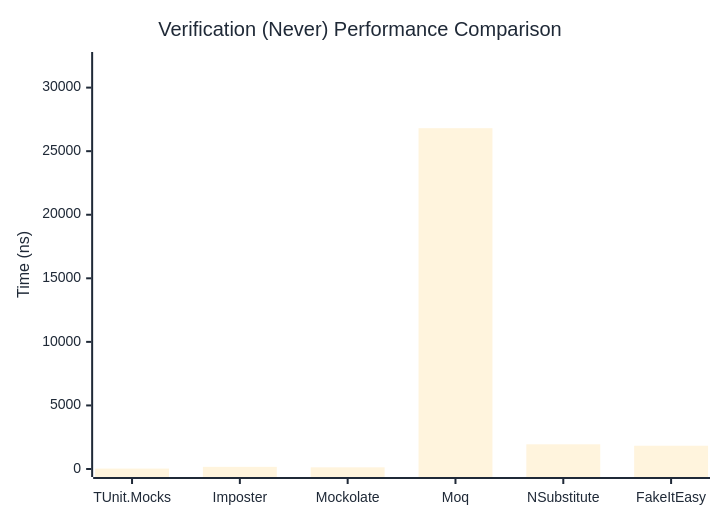
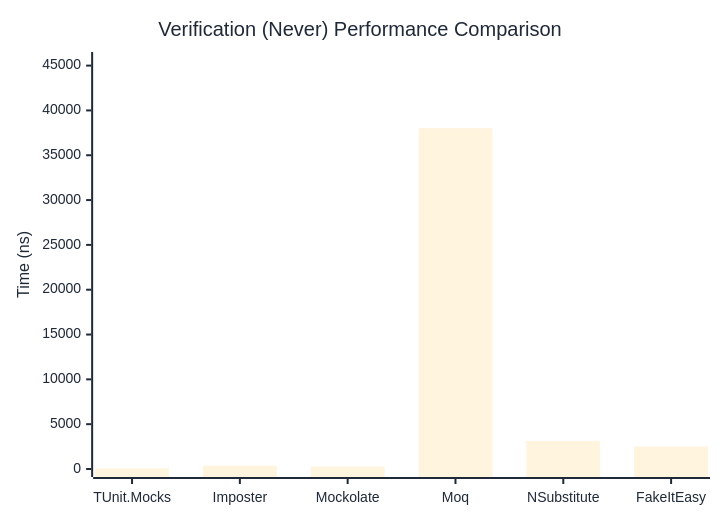
The second of 3 diagrams in docs/docs/benchmarks/mocks/Verification.md (thomhurst/TUnit), drawn with Mermaid before and after one commit. The commit also changed other lines of this file and 14 other files, not shown here.

````diff
--- a/docs/docs/benchmarks/mocks/Verification.md
+++ b/docs/docs/benchmarks/mocks/Verification.md
@@ -71,27 +71,27 @@
 ```mermaid
 %%{init: {
   'theme':'base',
   'themeVariables': {
     'primaryColor': '#2563eb',
     'primaryTextColor': '#1f2937',
     'primaryBorderColor': '#1e40af',
     'lineColor': '#6b7280',
     'secondaryColor': '#7c3aed',
     'tertiaryColor': '#dc2626',
     'background': '#ffffff',
     'pie1': '#2563eb',
     'pie2': '#7c3aed',
     'pie3': '#dc2626',
     'pie4': '#f59e0b',
     'pie5': '#10b981',
     'pie6': '#06b6d4',
     'pie7': '#ec4899',
     'pie8': '#6366f1'
   }
 }}%%
 xychart-beta
   title "Verification (Never) Performance Comparison"
   x-axis ["TUnit.Mocks", "Imposter", "Mockolate", "Moq", "NSubstitute", "FakeItEasy"]
-  y-axis "Time (ns)" 0 --> 32172
-  bar [32.02, 169.5, 131.16, 26809.43, 1942.28, 1829.27]
+  y-axis "Time (ns)" 0 --> 45626
+  bar [62.15, 370.76, 258.68, 38021.4, 3135.65, 2511.28]
 ```
````
